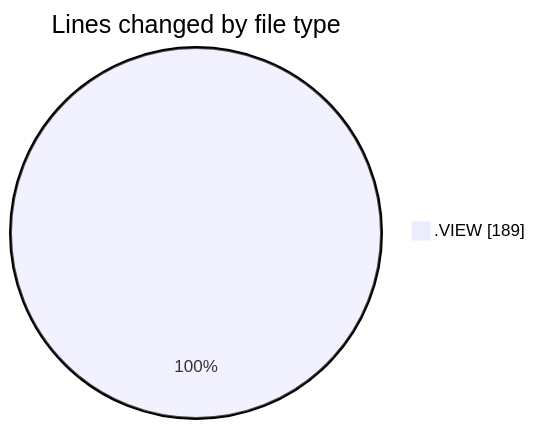
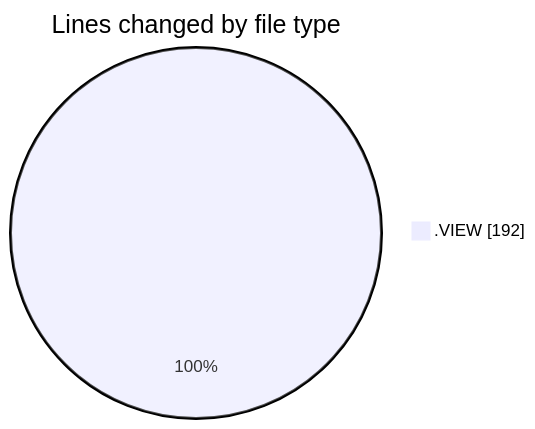
Before and after one commit to ricardozamudiocil/code-tracking: the first of 2 diagrams in 2026-04-30/objetosbd/README.md, drawn with Mermaid. The commit also changed other lines of this file and 1 other file, not shown here.

````diff
--- a/2026-04-30/objetosbd/README.md
+++ b/2026-04-30/objetosbd/README.md
@@ -21,5 +21,5 @@
 ```mermaid
 pie showData
 title Lines changed by file type
-".VIEW" : 189
+".VIEW" : 192
 ```
````
